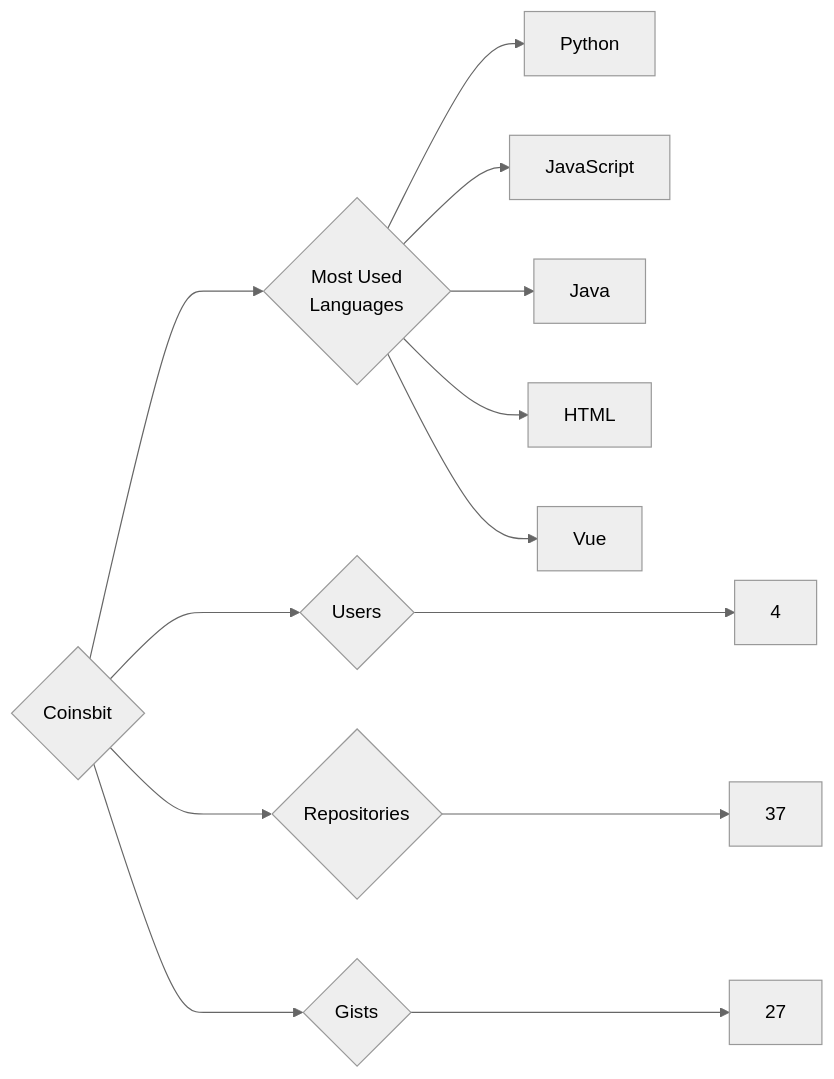
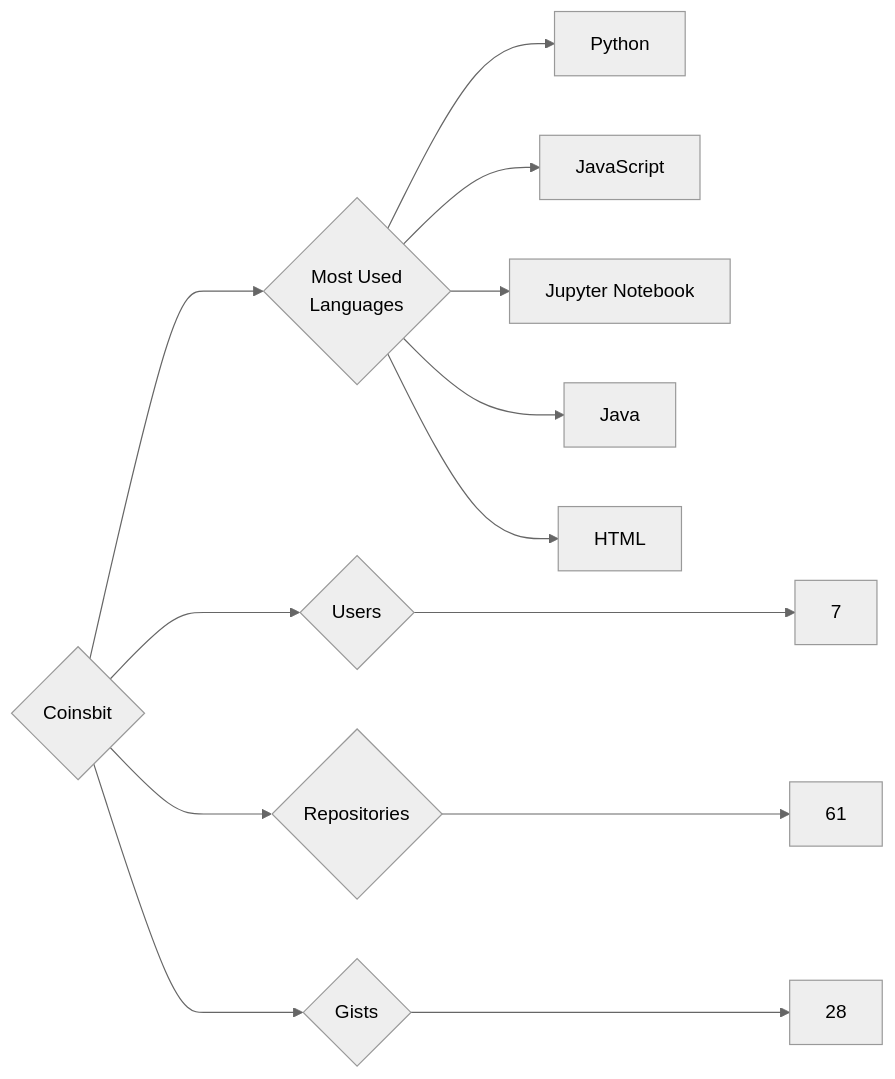
Before and after one commit to trickest/insiders: the diagram in targets/Coinsbit/README.md, drawn with Mermaid (neutral theme). The commit also changed 611 other files, not shown here.

````diff
--- a/targets/Coinsbit/README.md
+++ b/targets/Coinsbit/README.md
@@ -3,13 +3,13 @@
 ```mermaid
 graph LR
 COMPANY_NAME{Coinsbit}
-COMPANY_NAME ---> U{Users} ---> UN[4]
-COMPANY_NAME ---> R{Repositories} ---> RN[37]
-COMPANY_NAME ---> G{Gists} ---> GN[27]
+COMPANY_NAME ---> U{Users} ---> UN[7]
+COMPANY_NAME ---> R{Repositories} ---> RN[61]
+COMPANY_NAME ---> G{Gists} ---> GN[28]
 COMPANY_NAME ---> ML{Most Used<br>Languages}
 ML --> Python[Python]
 ML --> JavaScript[JavaScript]
+ML --> Jupyter_Notebook[Jupyter Notebook]
 ML --> Java[Java]
 ML --> HTML[HTML]
-ML --> Vue[Vue]
 ```
````
